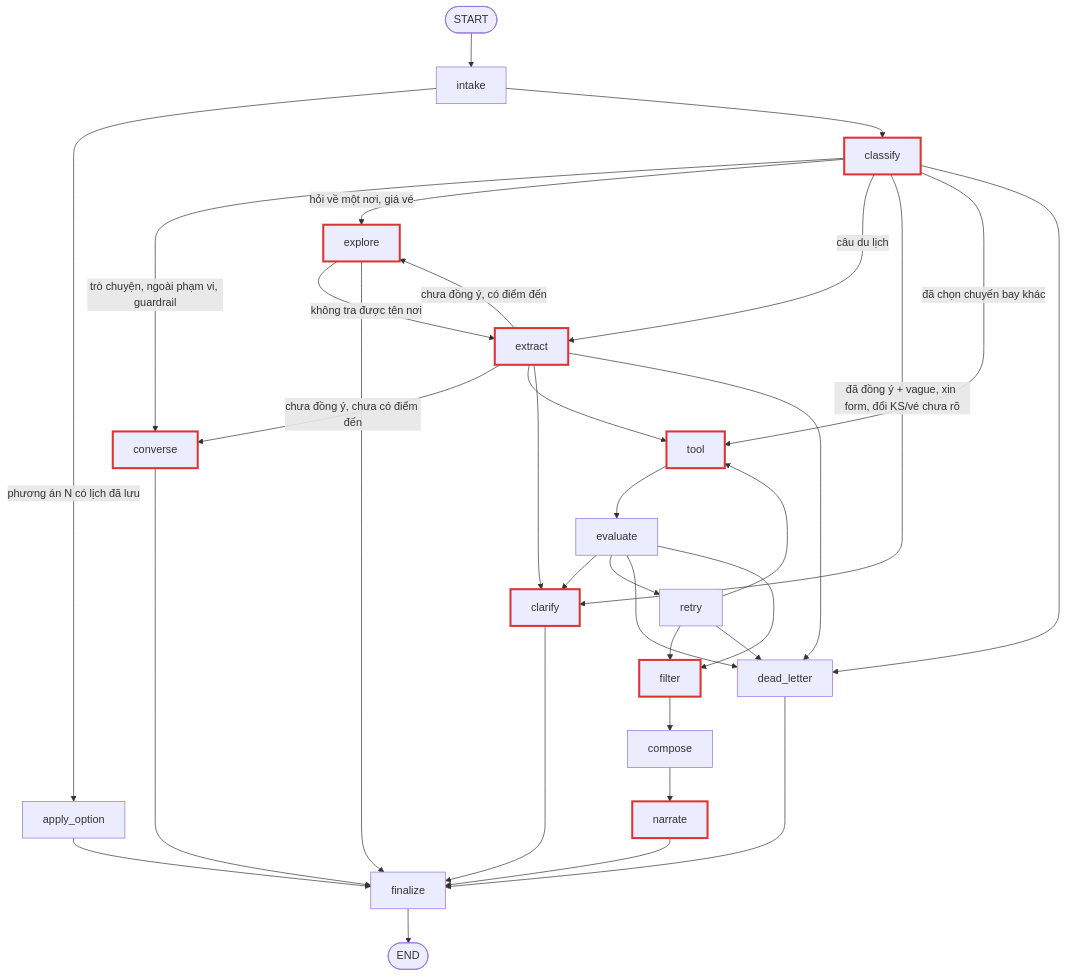
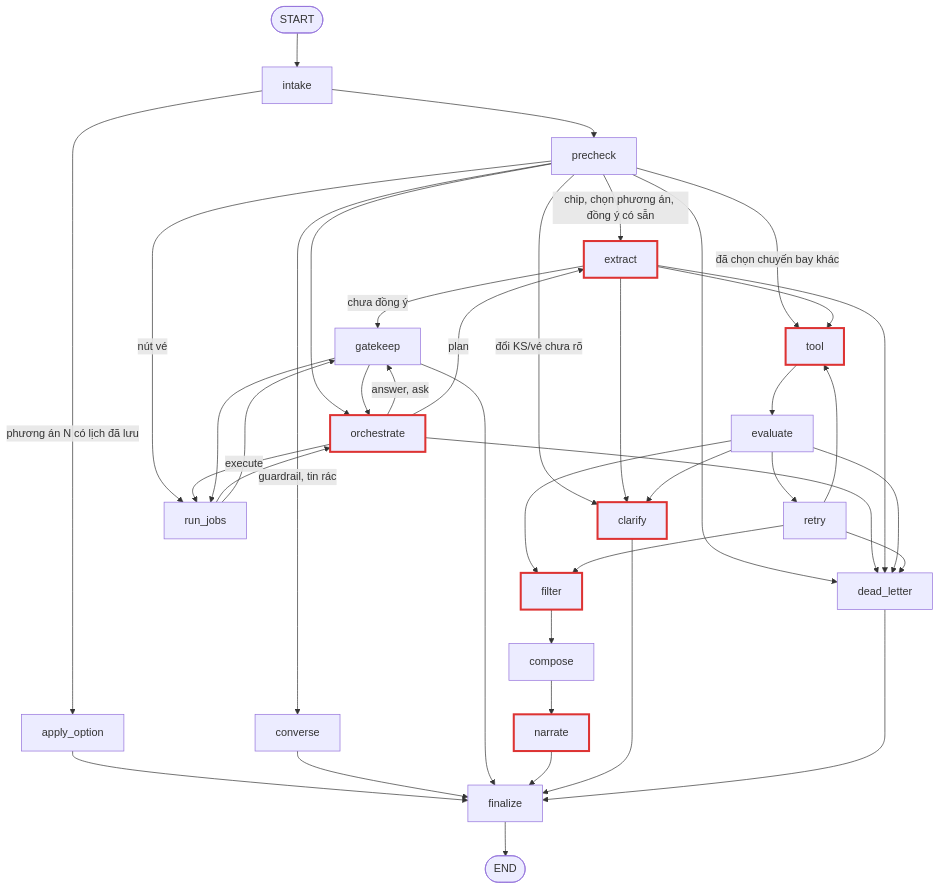
Before and after one commit to NguyenNhat4/Travel-Recommend-System: the second of 2 diagrams in docs/spec/agent/langgraph-nodes.md, drawn with Mermaid. The commit also changed other lines of this file and 163 other files, not shown here.

````diff
--- a/docs/spec/agent/langgraph-nodes.md
+++ b/docs/spec/agent/langgraph-nodes.md
@@ -303,53 +339,59 @@
 ```mermaid
 flowchart TD
     START([START]) --> intake
     intake -->|"phương án N" có lịch đã lưu| apply_option
-    intake --> classify
+    intake --> precheck
 
-    classify -->|trò chuyện, ngoài phạm vi, guardrail| converse
-    classify -->|hỏi về một nơi, giá vé| explore
-    classify -->|câu du lịch| extract
-    classify -->|đã đồng ý + vague, xin form, đổi KS/vé chưa rõ| clarify
-    classify -->|đã chọn chuyến bay khác| tool
-    classify --> dead_letter
+    precheck -->|guardrail, tin rác| converse
+    precheck -->|chip, chọn phương án, đồng ý có sẵn| extract
+    precheck -->|đổi KS/vé chưa rõ| clarify
+    precheck -->|đã chọn chuyến bay khác| tool
+    precheck -->|nút vé| run_jobs
+    precheck --> orchestrate
+    precheck --> dead_letter
 
-    explore -->|không tra được tên nơi| extract
+    orchestrate -->|answer, ask| gatekeep
+    orchestrate -->|execute| run_jobs
+    orchestrate -->|plan| extract
+    orchestrate --> dead_letter
 
-    extract -->|chưa đồng ý, có điểm đến| explore
-    extract -->|chưa đồng ý, chưa có điểm đến| converse
+    run_jobs --> orchestrate
+    run_jobs --> gatekeep
+    gatekeep --> orchestrate
+    gatekeep --> run_jobs
+
     extract --> tool
     extract --> clarify
+    extract -->|chưa đồng ý| gatekeep
     extract --> dead_letter
 
     tool --> evaluate
 
     evaluate --> clarify
     evaluate --> retry
     evaluate --> dead_letter
     evaluate --> filter
 
     retry --> filter
     retry --> dead_letter
     retry --> tool
 
     filter --> compose
     compose --> narrate
     apply_option --> finalize
     converse --> finalize
-    explore --> finalize
+    gatekeep --> finalize
     narrate --> finalize
     clarify --> finalize
     dead_letter --> finalize
 
     finalize --> END([END])
 
-    classify:::llm
+    orchestrate:::llm
     extract:::llm
     tool:::llm
     filter:::llm
-    converse:::llm
-    explore:::llm
     clarify:::llm
     narrate:::llm
     classDef llm stroke:#d33,stroke-width:3px;
 ```
````
